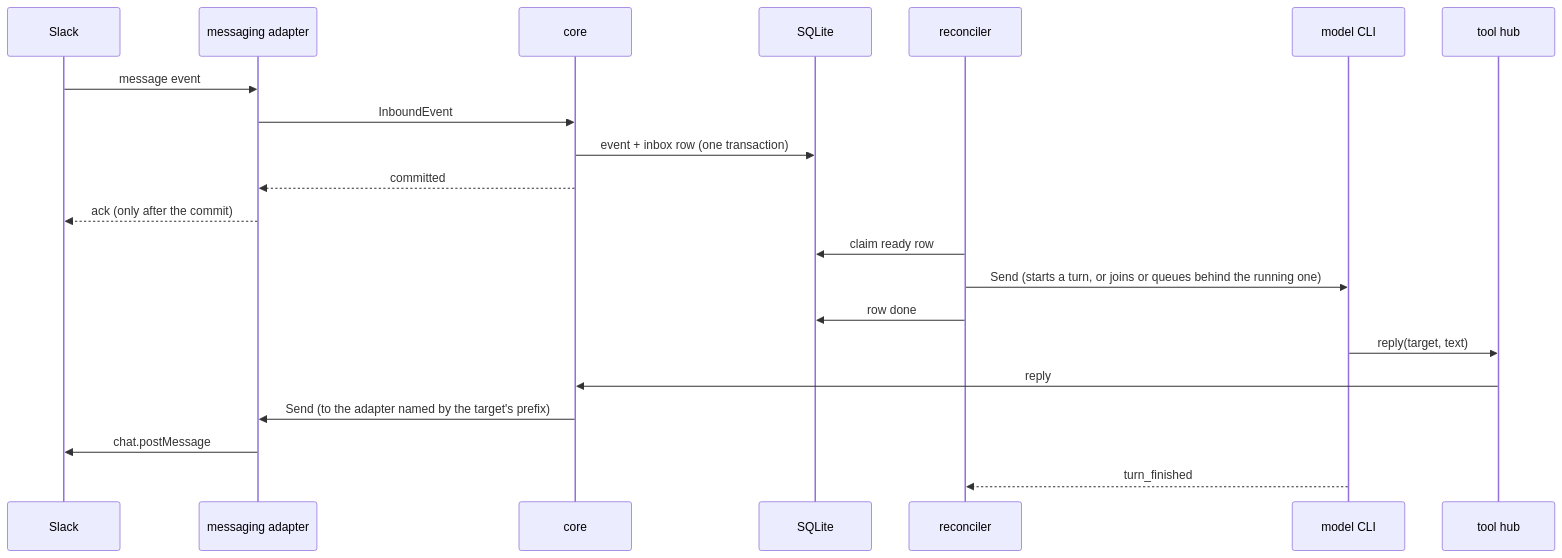
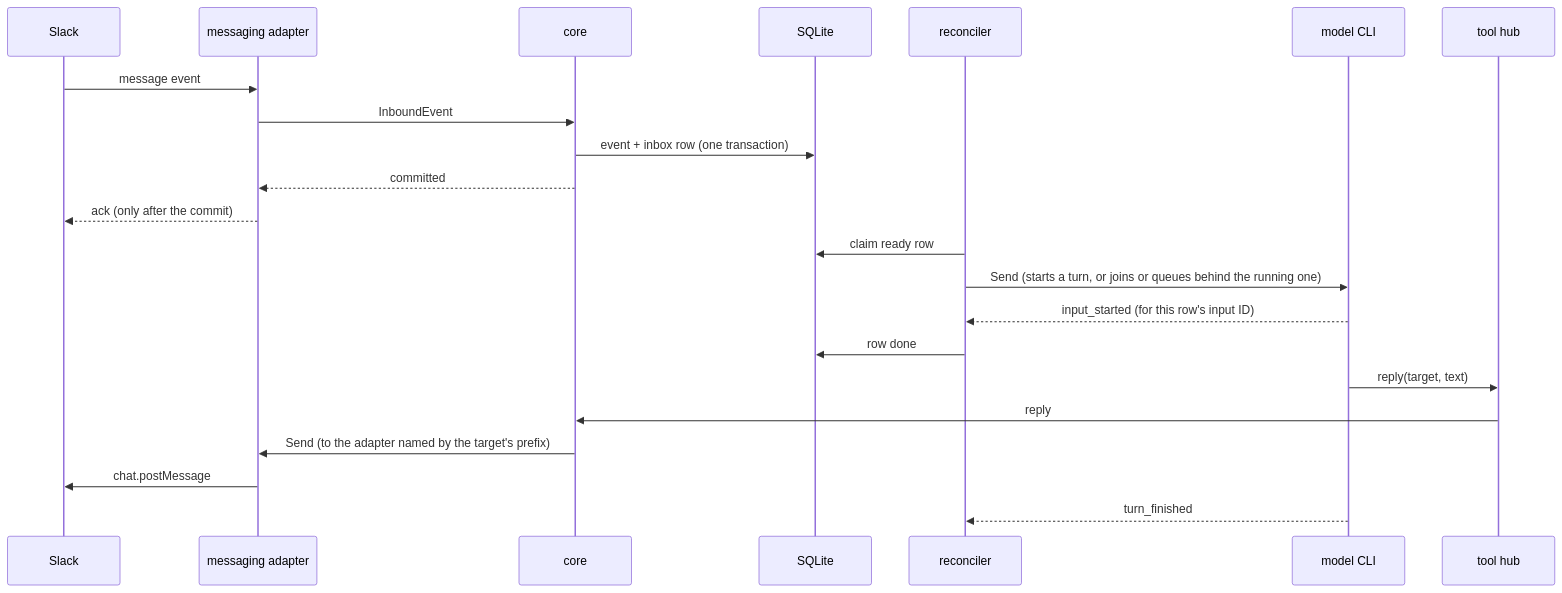
Before and after one commit to motoki317/noctiluca: the second of 2 diagrams in docs/architecture.md, drawn with Mermaid. The commit also changed other lines of this file and 12 other files, not shown here.

````diff
--- a/docs/architecture.md
+++ b/docs/architecture.md
@@ -28,23 +28,24 @@
 ```mermaid
 sequenceDiagram
   participant S as Slack
   participant A as messaging adapter
   participant C as core
   participant D as SQLite
   participant R as reconciler
   participant M as model CLI
   participant H as tool hub
   S->>A: message event
   A->>C: InboundEvent
   C->>D: event + inbox row (one transaction)
   C-->>A: committed
   A-->>S: ack (only after the commit)
   R->>D: claim ready row
   R->>M: Send (starts a turn, or joins or queues behind the running one)
+  M-->>R: input_started (for this row's input ID)
   R->>D: row done
   M->>H: reply(target, text)
   H->>C: reply
   C->>A: Send (to the adapter named by the target's prefix)
   A->>S: chat.postMessage
   M-->>R: turn_finished
 ```
````
